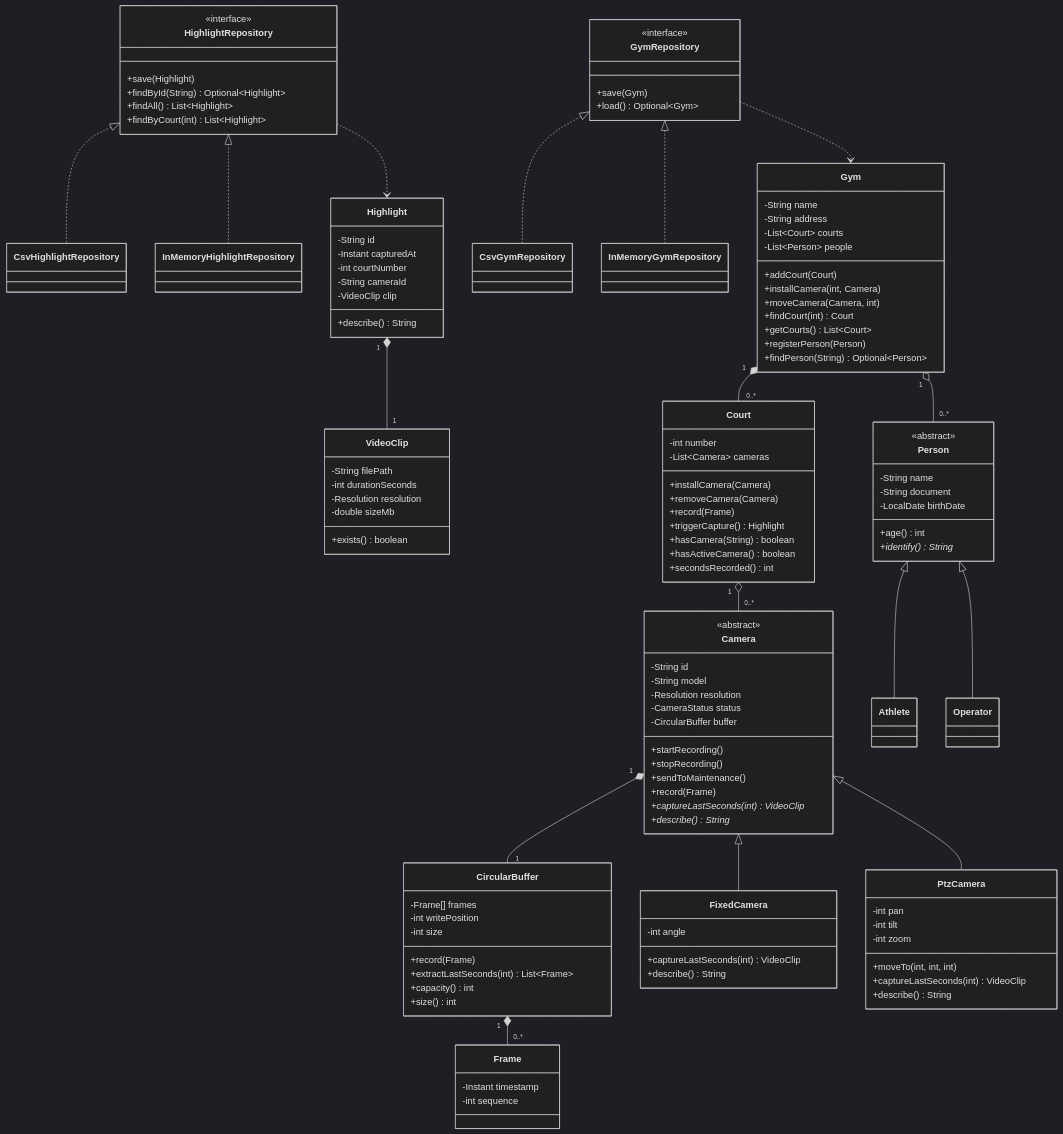
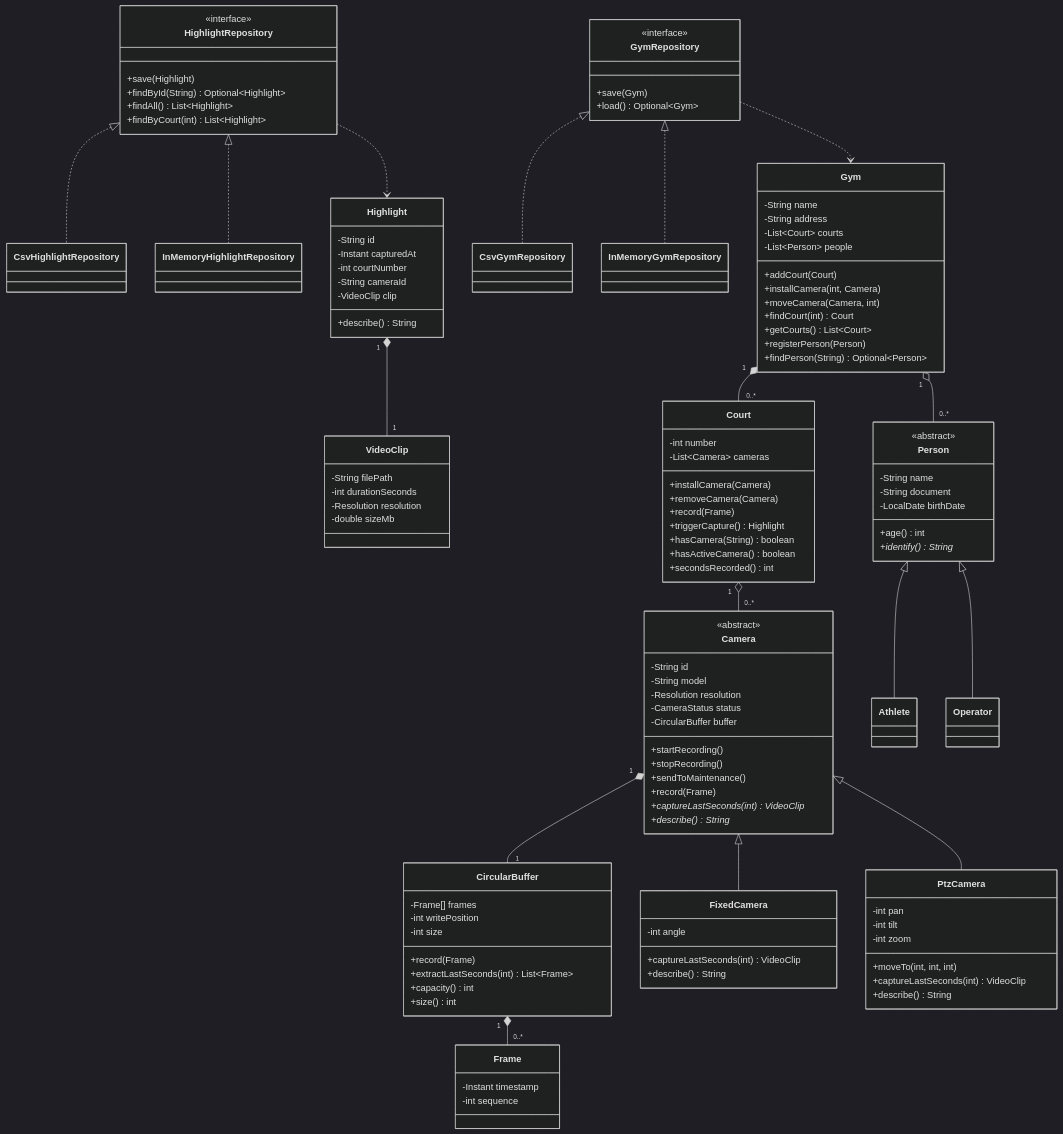
One commit to lorenzoficher/VarZinho changed the diagram in docs/DOMAIN-MODEL.md. Above: the diagram before and after it, drawn with Mermaid (dark theme). The commit also changed 4 other files, not shown here.

```diff
--- a/docs/DOMAIN-MODEL.md
+++ b/docs/DOMAIN-MODEL.md
@@ -92,7 +92,6 @@
         -int durationSeconds
         -Resolution resolution
         -double sizeMb
-        +exists() boolean
     }
 
     class Person {
```
